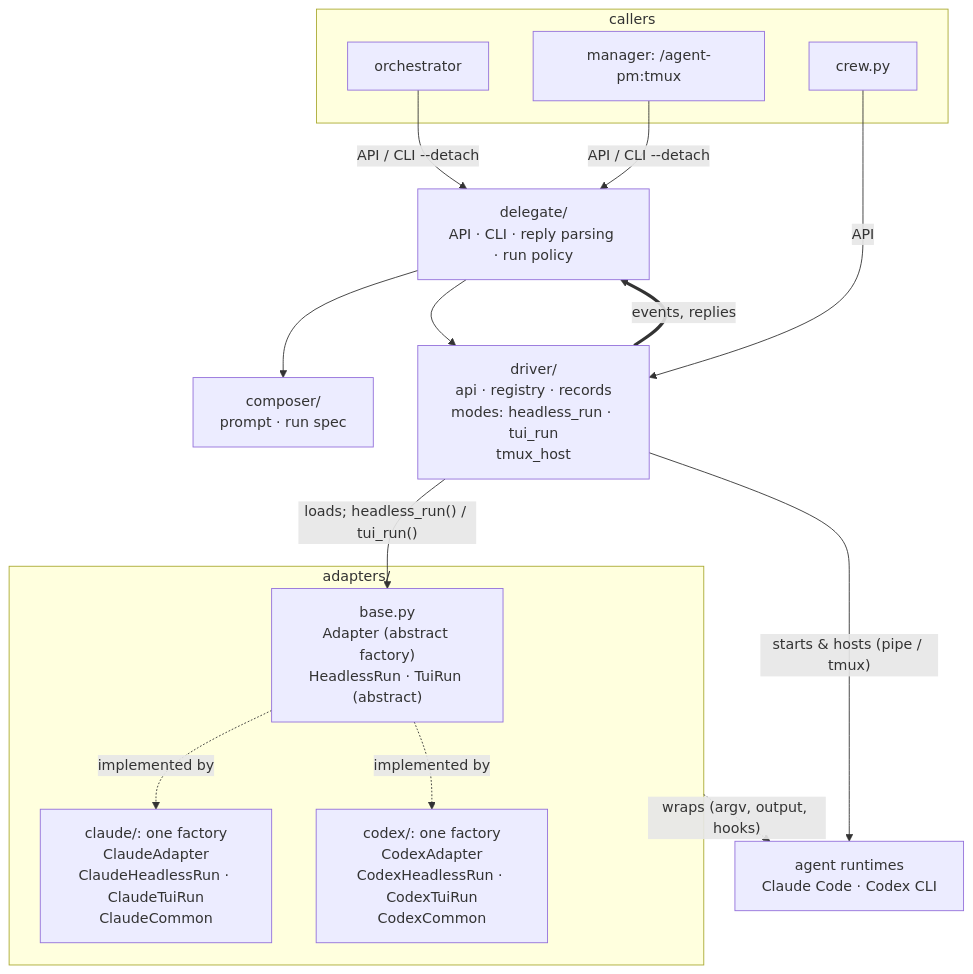
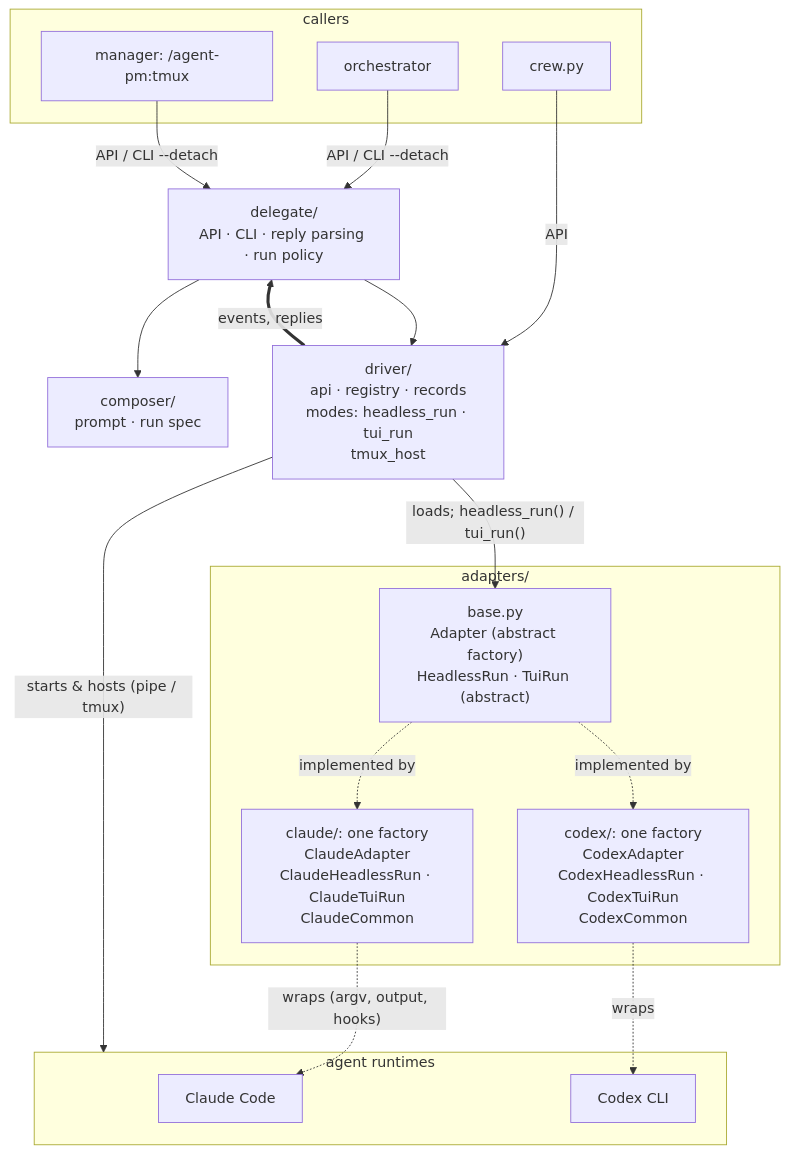
One commit to ophis/agent-pm changed the second of 4 diagrams in README.md. Above: the diagram before and after it, drawn with Mermaid. The commit also changed other lines of this file, not shown here.

Commit message:
README: runtimes frame with one hosting edge
Claude-Session: https://claude.ai/code/session_01DWNTKp8E4ZkndBswMuqLEu

````diff
--- a/README.md
+++ b/README.md
@@ -20,25 +20,29 @@
 ```mermaid
 flowchart TB
   subgraph L1[callers]
     O[orchestrator]
     M["manager: /agent-pm:tmux"]
     W[crew.py]
   end
   D["delegate/<br>API · CLI · reply parsing · run policy"]
   C["composer/<br>prompt · run spec"]
   DR["driver/<br>api · registry · records<br>modes: headless_run · tui_run<br>tmux_host"]
   subgraph AD[adapters/]
     B["base.py<br>Adapter (abstract factory)<br>HeadlessRun · TuiRun (abstract)"]
     CL["claude/: one factory<br>ClaudeAdapter<br>ClaudeHeadlessRun · ClaudeTuiRun<br>ClaudeCommon"]
     CX["codex/: one factory<br>CodexAdapter<br>CodexHeadlessRun · CodexTuiRun<br>CodexCommon"]
   end
-  P["agent runtimes<br>Claude Code · Codex CLI"]
+  subgraph RT[agent runtimes]
+    P1[Claude Code]
+    P2[Codex CLI]
+  end
   O & M -->|"API / CLI --detach"| D
   W -->|API| DR
   D --> C & DR
   DR -->|"loads; headless_run() / tui_run()"| B
   B -.->|implemented by| CL & CX
-  DR -->|"starts & hosts (pipe / tmux)"| P
+  DR -->|"starts & hosts (pipe / tmux)"| RT
   DR ==>|events, replies| D
-  AD -.->|"wraps (argv, output, hooks)"| P
+  CL -.->|"wraps (argv, output, hooks)"| P1
+  CX -.->|wraps| P2
 ```
````
